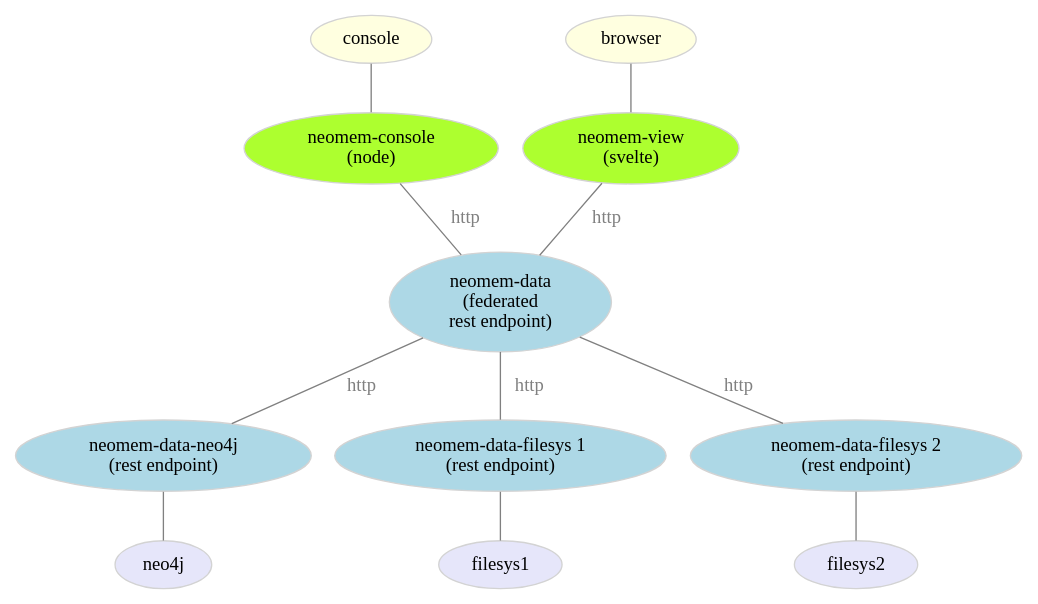
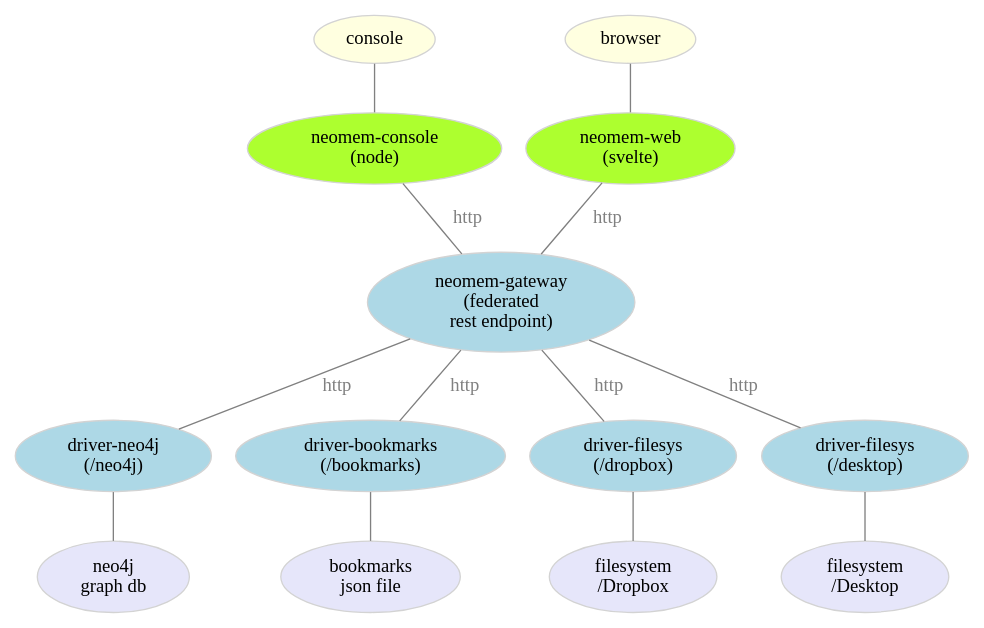
One commit to bburns/neomem changed the diagram in docs/architecture.dot. Above: the diagram before and after it, drawn with Graphviz. The commit also changed 1 other file, not shown here.

```diff
--- a/docs/architecture.dot
+++ b/docs/architecture.dot
@@ -1,36 +1,36 @@
 graph "neomem" {
 
   // styles
   // rankdir=LR; // left-to-right
   node [ color=lightgray; fillcolor=lightblue; style=filled ]; // default
   edge [ color=gray, fontcolor=gray ]; // default
 
   // nodes
   console [ fillcolor=lightyellow ];
   browser [ fillcolor=lightyellow ];
-  neomemView [ label="neomem-view\n(svelte)"; fillcolor=greenyellow ];
-  neomemConsole [label="neomem-console\n(node)"; fillcolor=greenyellow ];
-  // neomemCommands [label="neomem-commands\n(js lib)"; fillcolor=yellow ];
-  neomemData [label="neomem-data\n(federated\nrest endpoint)"];
-  neomemDataNeo4j [label="neomem-data-neo4j\n(rest endpoint)"];
-  neomemDataFilesys1 [label="neomem-data-filesys 1\n(rest endpoint)"];
-  neomemDataFilesys2 [label="neomem-data-filesys 2\n(rest endpoint)"];
-  neo4j [ fillcolor=lavender ];
-  filesys1 [ fillcolor=lavender ];
-  filesys2 [ fillcolor=lavender ];
+  nmgui [ label="neomem-web\n(svelte)"; fillcolor=greenyellow ];
+  nmconsole [label="neomem-console\n(node)"; fillcolor=greenyellow ];
+  nmgateway [label="neomem-gateway\n(federated\nrest endpoint)"];
+  driverNeo4j [label="driver-neo4j\n(/neo4j)"];
+  driverBookmarks [label="driver-bookmarks\n(/bookmarks)"];
+  driverFilesys1 [label="driver-filesys\n(/dropbox)"];
+  driverFilesys2 [label="driver-filesys\n(/desktop)"];
+  neo4j [ label="neo4j\ngraph db", fillcolor=lavender ];
+  bookmarks [ label="bookmarks\njson file", fillcolor=lavender ];
+  filesys1 [ label="filesystem\n/Dropbox", fillcolor=lavender ];
+  filesys2 [ label="filesystem\n/Desktop", fillcolor=lavender ];
 
   // edges
-  browser -- neomemView;
-  console -- neomemConsole;
-  // neomemView -- neomemCommands;
-  // neomemConsole -- neomemCommands;
-  // neomemCommands -- neomemData [ label=" http" ];
-  neomemConsole -- neomemData [ label="  http" ];
-  neomemView -- neomemData [ label="  http" ];
-  neomemData -- neomemDataNeo4j [ label="  http" ];
-  neomemData -- neomemDataFilesys1 [  label="  http" ];
-  neomemData -- neomemDataFilesys2 [  label="  http" ];
-  neomemDataNeo4j -- neo4j;
-  neomemDataFilesys1 -- filesys1;
-  neomemDataFilesys2 -- filesys2;
+  browser -- nmgui;
+  console -- nmconsole;
+  nmconsole -- nmgateway [ label="  http" ];
+  nmgui -- nmgateway [ label="  http" ];
+  nmgateway -- driverNeo4j [ label="  http" ];
+  nmgateway -- driverBookmarks [ label="  http" ];
+  nmgateway -- driverFilesys1 [  label="  http" ];
+  nmgateway -- driverFilesys2 [  label="  http" ];
+  driverNeo4j -- neo4j;
+  driverBookmarks -- bookmarks;
+  driverFilesys1 -- filesys1;
+  driverFilesys2 -- filesys2;
 }
```
